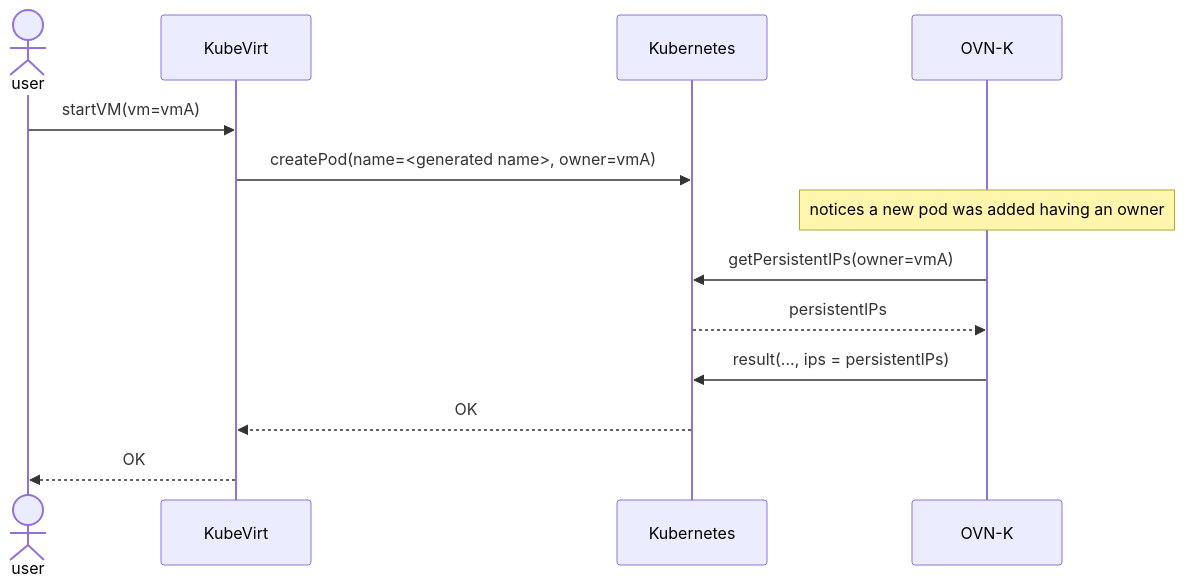
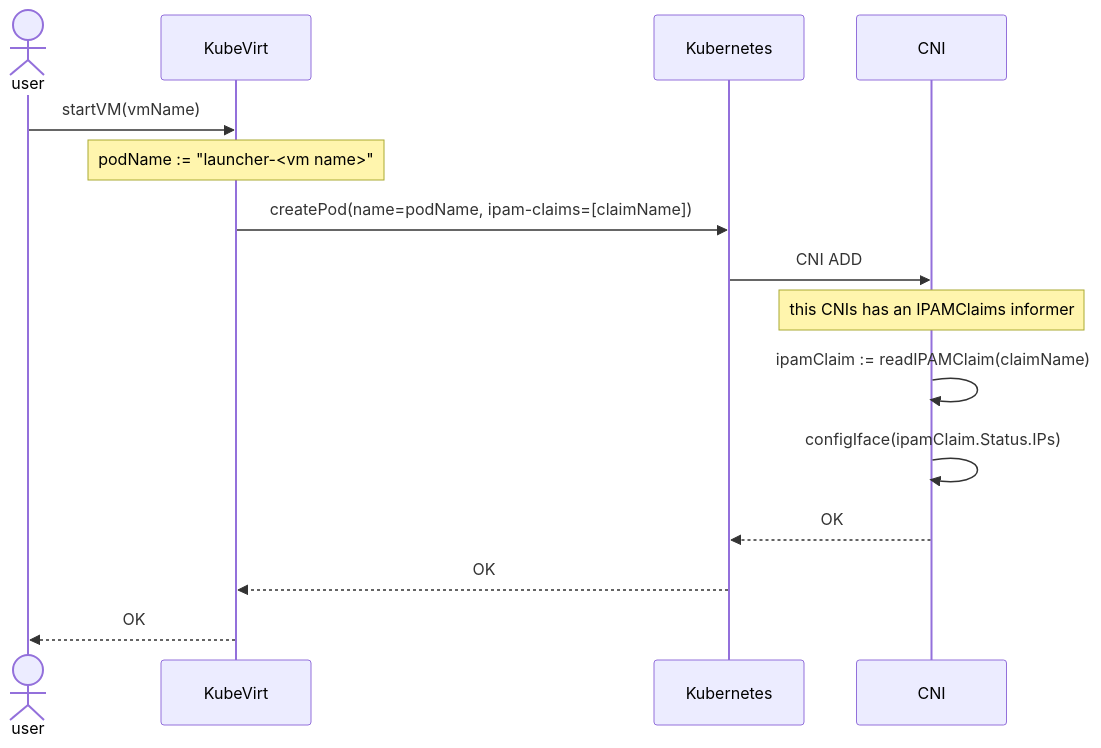
The third of 15 diagrams in enhancements/network/persistent-ips-sdn-secondary-networks.md (openshift/enhancements), drawn with Mermaid before and after one commit. The commit also changed other lines of this file, not shown here.

````diff
--- a/enhancements/network/persistent-ips-sdn-secondary-networks.md
+++ b/enhancements/network/persistent-ips-sdn-secondary-networks.md
@@ -134,18 +196,26 @@
 ```mermaid
 sequenceDiagram
 
-actor user
+  actor user
+  participant KubeVirt
+  participant Kubernetes
+  participant CNI
 
-user ->> KubeVirt: startVM(vm=vmA)
+  user->>KubeVirt: startVM(vmName)
 
-KubeVirt ->> Kubernetes: createPod(name=<generated name>, owner=vmA)
+  note over KubeVirt: podName := "launcher-<vm name>"
+  KubeVirt->>Kubernetes: createPod(name=podName, ipam-claims=[claimName])
 
-note over OVN-K: notices a new pod was added having an owner
-OVN-K ->> Kubernetes: getPersistentIPs(owner=vmA)
-Kubernetes -->> OVN-K: persistentIPs
-OVN-K ->> Kubernetes: result(..., ips = persistentIPs)
+  Kubernetes->>CNI: CNI ADD
+  note over CNI: this CNIs has an IPAMClaims informer
 
-Kubernetes -->> KubeVirt: OK
+  CNI->>CNI: ipamClaim := readIPAMClaim(claimName)
+  CNI->>CNI: configIface(ipamClaim.Status.IPs)
 
-KubeVirt -->> user: OK
+  CNI-->>Kubernetes: OK
+
+  Kubernetes-->>KubeVirt: OK
+
+
+  KubeVirt-->>user: OK
 ```
````
